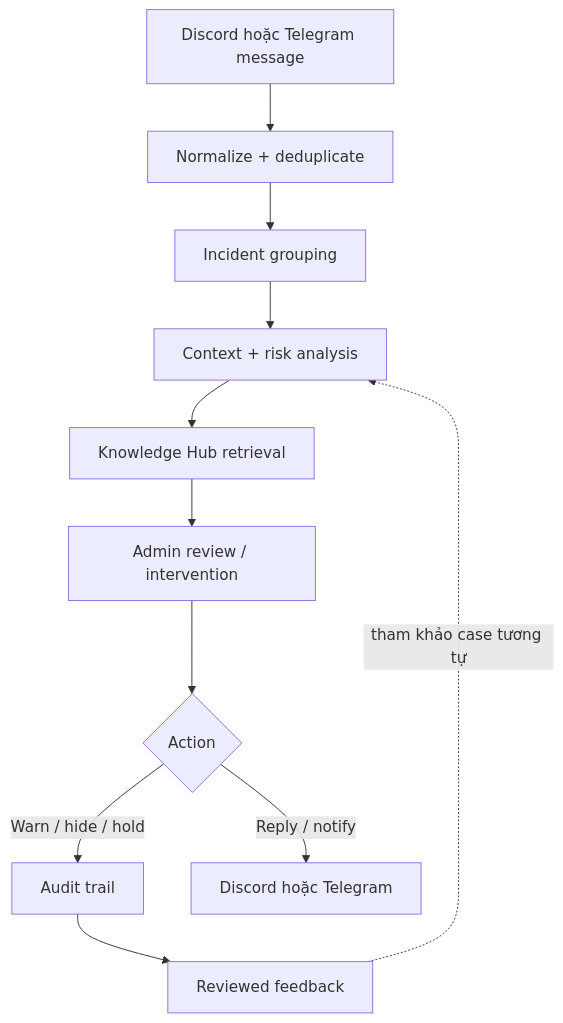
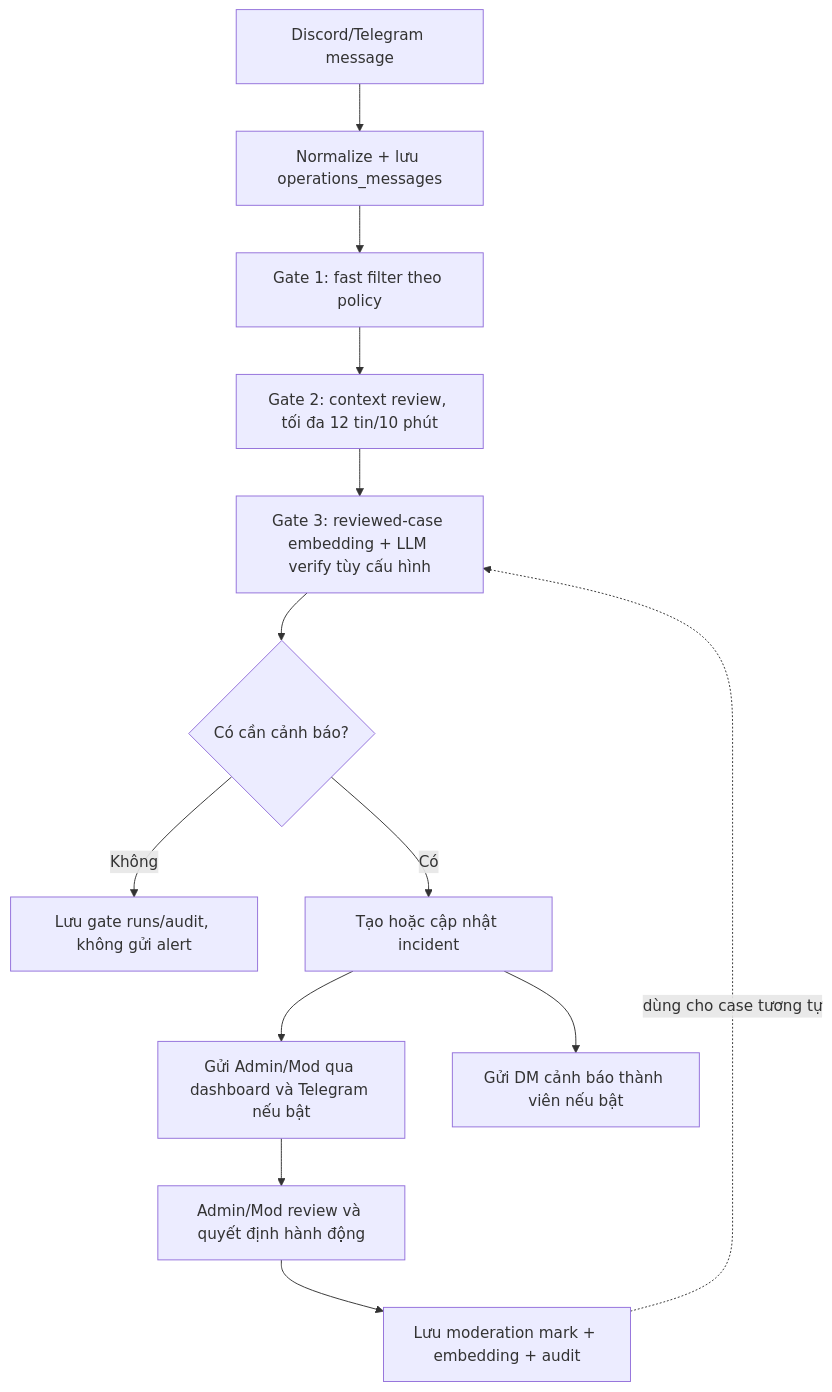
Before and after one commit to thanq204/ChatBot-THO: the first of 2 diagrams in docs/community_pipeline.md, drawn with Mermaid. The commit also changed other lines of this file and 43 other files, not shown here.

Commit message:
feat: sync runtime flow and Supabase data docs

````diff
--- a/docs/community_pipeline.md
+++ b/docs/community_pipeline.md
@@ -3,13 +7,15 @@
 ```mermaid
 flowchart TD
-    A[Discord hoặc Telegram message] --> B[Normalize + deduplicate]
-    B --> C[Incident grouping]
-    C --> D[Context + risk analysis]
-    D --> E[Knowledge Hub retrieval]
-    E --> F[Admin review / intervention]
-    F --> G{Action}
-    G -->|Warn / hide / hold| H[Audit trail]
-    G -->|Reply / notify| I[Discord hoặc Telegram]
-    H --> J[Reviewed feedback]
-    J -. tham khảo case tương tự .-> D
+    A[Discord/Telegram message] --> B[Normalize + lưu operations_messages]
+    B --> C[Gate 1: fast filter theo policy]
+    C --> D[Gate 2: context review, tối đa 12 tin/10 phút]
+    D --> E[Gate 3: reviewed-case embedding + LLM verify tùy cấu hình]
+    E --> F{Có cần cảnh báo?}
+    F -->|Không| G[Lưu gate runs/audit, không gửi alert]
+    F -->|Có| H[Tạo hoặc cập nhật incident]
+    H --> I[Gửi Admin/Mod qua dashboard và Telegram nếu bật]
+    H --> J[Gửi DM cảnh báo thành viên nếu bật]
+    I --> K[Admin/Mod review và quyết định hành động]
+    K --> L[Lưu moderation mark + embedding + audit]
+    L -. dùng cho case tương tự .-> E
 ```
````
